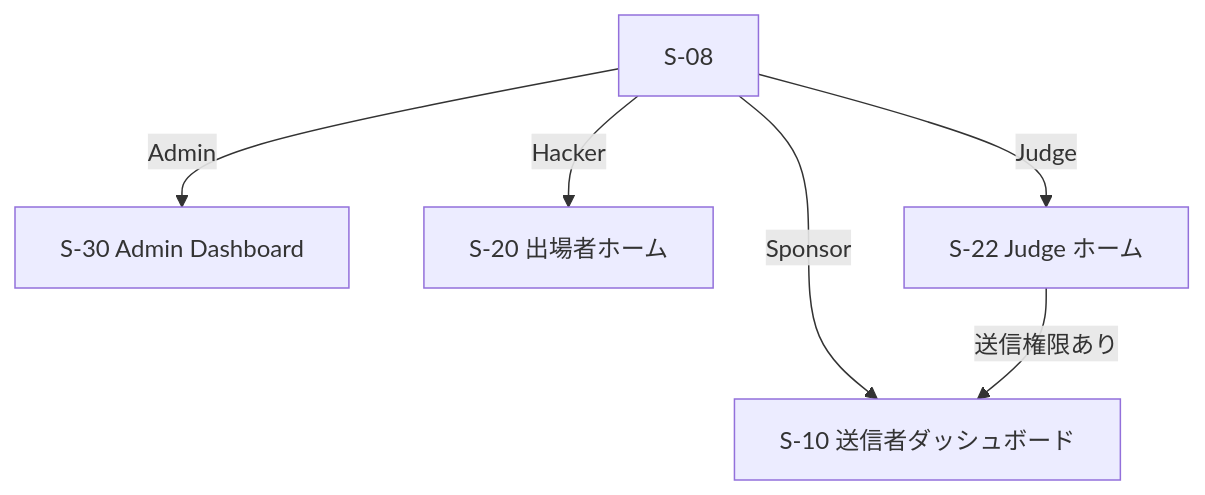
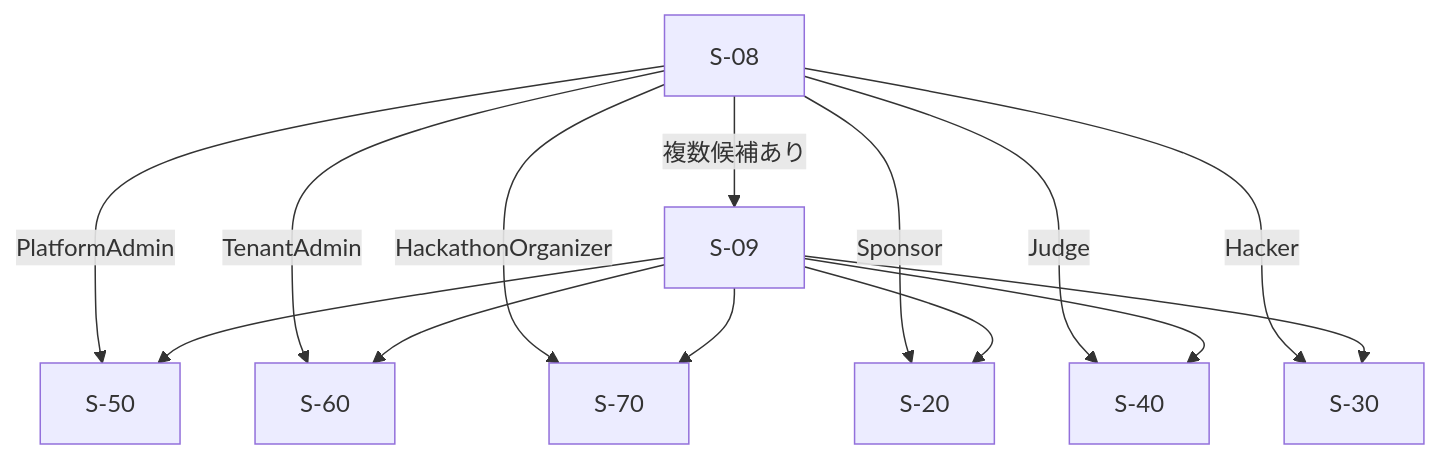
The fourth of 15 diagrams in docs/details/03_screen-flow_md.md (Asheze1127/hack-evaluater), drawn with Mermaid before and after one commit. The commit also changed other lines of this file and 2 other files, not shown here.

````diff
--- a/docs/details/03_screen-flow_md.md
+++ b/docs/details/03_screen-flow_md.md
@@ -154,14 +174,26 @@
 ```mermaid
 flowchart TD
     CALLBACK[S-08]
-    ADMIN[S-30 Admin Dashboard]
-    HACKER[S-20 出場者ホーム]
-    JUDGEHOME[S-22 Judge ホーム]
-    SENDER[S-10 送信者ダッシュボード]
+    SWITCH[S-09]
+    PLATFORM[S-50]
+    TENANT[S-60]
+    ORGANIZER[S-70]
+    SENDER[S-20]
+    JUDGE[S-40]
+    HACKER[S-30]
 
-    CALLBACK -->|Admin| ADMIN
+    CALLBACK -->|PlatformAdmin| PLATFORM
+    CALLBACK -->|TenantAdmin| TENANT
+    CALLBACK -->|HackathonOrganizer| ORGANIZER
+    CALLBACK -->|Sponsor| SENDER
+    CALLBACK -->|Judge| JUDGE
     CALLBACK -->|Hacker| HACKER
-    CALLBACK -->|Judge| JUDGEHOME
-    CALLBACK -->|Sponsor| SENDER
-    JUDGEHOME -->|送信権限あり| SENDER
+    CALLBACK -->|複数候補あり| SWITCH
+
+    SWITCH --> PLATFORM
+    SWITCH --> TENANT
+    SWITCH --> ORGANIZER
+    SWITCH --> SENDER
+    SWITCH --> JUDGE
+    SWITCH --> HACKER
 ```
````
